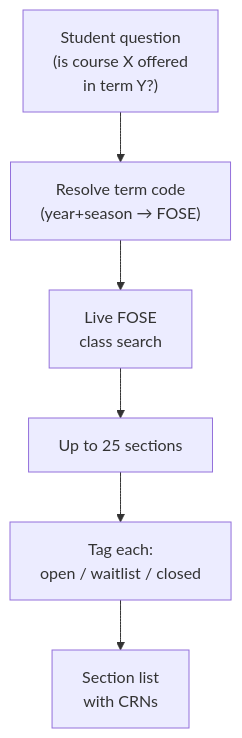
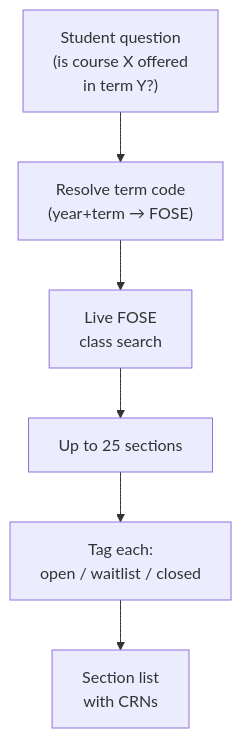
The first of 2 diagrams in Docs/current-system/tools/search_availability.md (EdoardoMongardi/NYU_Path), drawn with Mermaid before and after one commit. The commit also changed other lines of this file and 73 other files, not shown here.

````diff
--- a/Docs/current-system/tools/search_availability.md
+++ b/Docs/current-system/tools/search_availability.md
@@ -19,10 +23,10 @@
 ```mermaid
 flowchart TD
     Q["Student question<br/>(is course X offered<br/>in term Y?)"]
-    TC["Resolve term code<br/>(year+season → FOSE)"]
+    TC["Resolve term code<br/>(year+term → FOSE)"]
     LIVE["Live FOSE<br/>class search"]
     SECT["Up to 25 sections"]
     STAT["Tag each:<br/>open / waitlist / closed"]
     OUT["Section list<br/>with CRNs"]
     Q --> TC --> LIVE --> SECT --> STAT --> OUT
 ```
````
